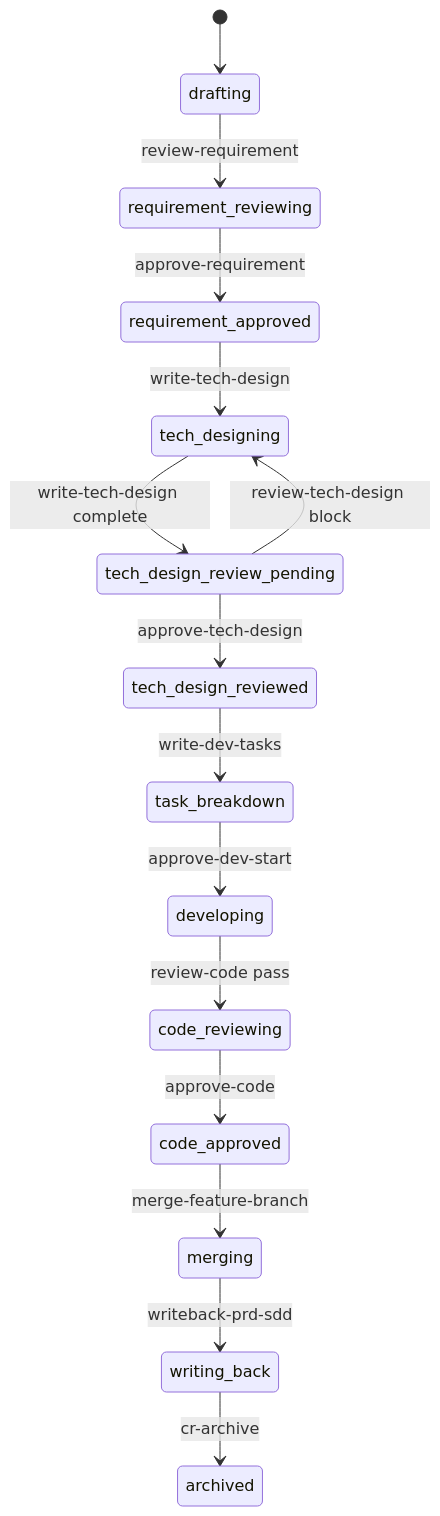
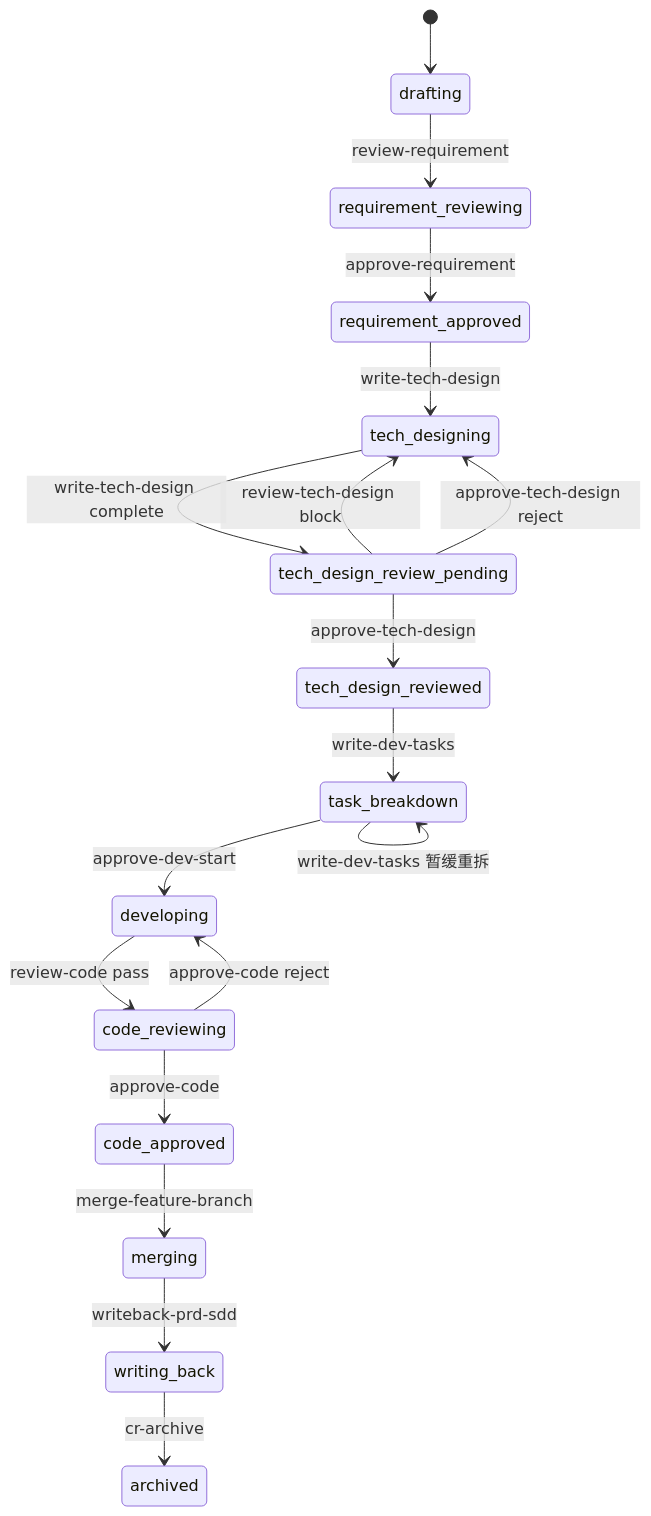
One commit to OldBoy405/AI-First-tools changed the second of 10 diagrams in README.md. Above: the diagram before and after it, drawn with Mermaid. The commit also changed other lines of this file and 26 other files, not shown here.

````diff
--- a/README.md
+++ b/README.md
@@ -181,17 +182,20 @@
 ```mermaid
 stateDiagram-v2
   [*] --> drafting
   drafting --> requirement_reviewing: review-requirement
   requirement_reviewing --> requirement_approved: approve-requirement
   requirement_approved --> tech_designing: write-tech-design
   tech_designing --> tech_design_review_pending: write-tech-design complete
   tech_design_review_pending --> tech_designing: review-tech-design block
   tech_design_review_pending --> tech_design_reviewed: approve-tech-design
   tech_design_reviewed --> task_breakdown: write-dev-tasks
+  tech_design_review_pending --> tech_designing: approve-tech-design reject
   task_breakdown --> developing: approve-dev-start
+  task_breakdown --> task_breakdown: write-dev-tasks 暂缓重拆
   developing --> code_reviewing: review-code pass
   code_reviewing --> code_approved: approve-code
+  code_reviewing --> developing: approve-code reject
   code_approved --> merging: merge-feature-branch
   merging --> writing_back: writeback-prd-sdd
   writing_back --> archived: cr-archive
 ```
````
